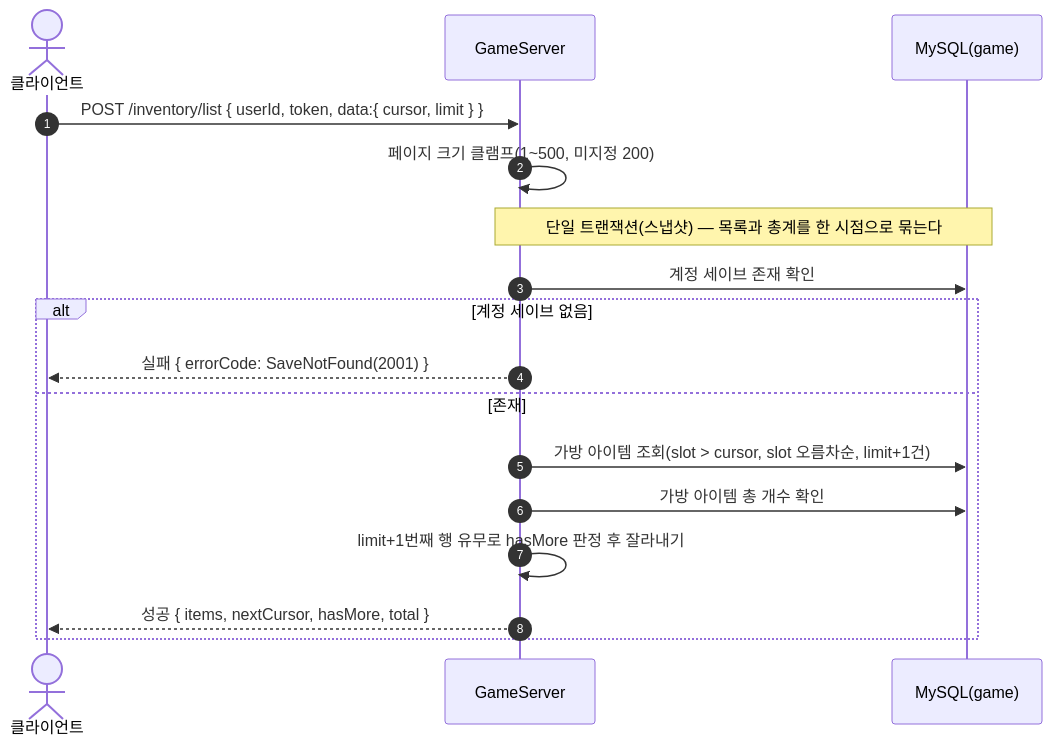
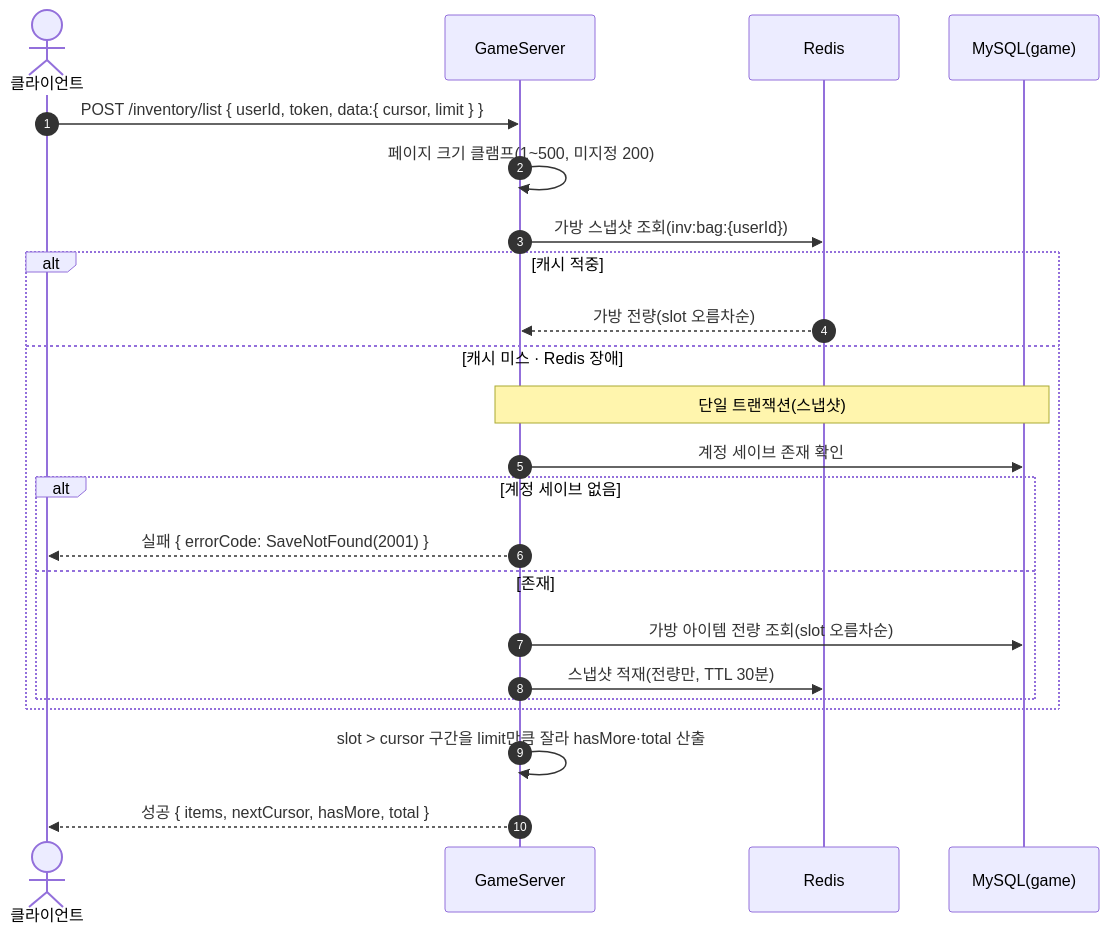
One commit to ks-wook/com2us-taskbar-hero changed the fifth of 35 diagrams in SequenceDiagram/README.md. Above: the diagram before and after it, drawn with Mermaid. The commit also changed other lines of this file and 20 other files, not shown here.

````diff
--- a/SequenceDiagram/README.md
+++ b/SequenceDiagram/README.md
@@ -179,20 +181,26 @@
 ```mermaid
 sequenceDiagram
     autonumber
     actor C as 클라이언트
     participant S as GameServer
+    participant R as Redis
     participant DB as MySQL(game)
 
     C->>S: POST /inventory/list { userId, token, data:{ cursor, limit } }
     S->>S: 페이지 크기 클램프(1~500, 미지정 200)
-    Note over S,DB: 단일 트랜잭션(스냅샷) — 목록과 총계를 한 시점으로 묶는다
-    S->>DB: 계정 세이브 존재 확인
-    alt 계정 세이브 없음
-        S-->>C: 실패 { errorCode: SaveNotFound(2001) }
-    else 존재
-        S->>DB: 가방 아이템 조회(slot > cursor, slot 오름차순, limit+1건)
-        S->>DB: 가방 아이템 총 개수 확인
-        S->>S: limit+1번째 행 유무로 hasMore 판정 후 잘라내기
-        S-->>C: 성공 { items, nextCursor, hasMore, total }
+    S->>R: 가방 스냅샷 조회(inv:bag:{userId})
+    alt 캐시 적중
+        R-->>S: 가방 전량(slot 오름차순)
+    else 캐시 미스 · Redis 장애
+        Note over S,DB: 단일 트랜잭션(스냅샷)
+        S->>DB: 계정 세이브 존재 확인
+        alt 계정 세이브 없음
+            S-->>C: 실패 { errorCode: SaveNotFound(2001) }
+        else 존재
+            S->>DB: 가방 아이템 전량 조회(slot 오름차순)
+            S->>R: 스냅샷 적재(전량만, TTL 30분)
+        end
     end
+    S->>S: slot > cursor 구간을 limit만큼 잘라 hasMore·total 산출
+    S-->>C: 성공 { items, nextCursor, hasMore, total }
 ```
````
